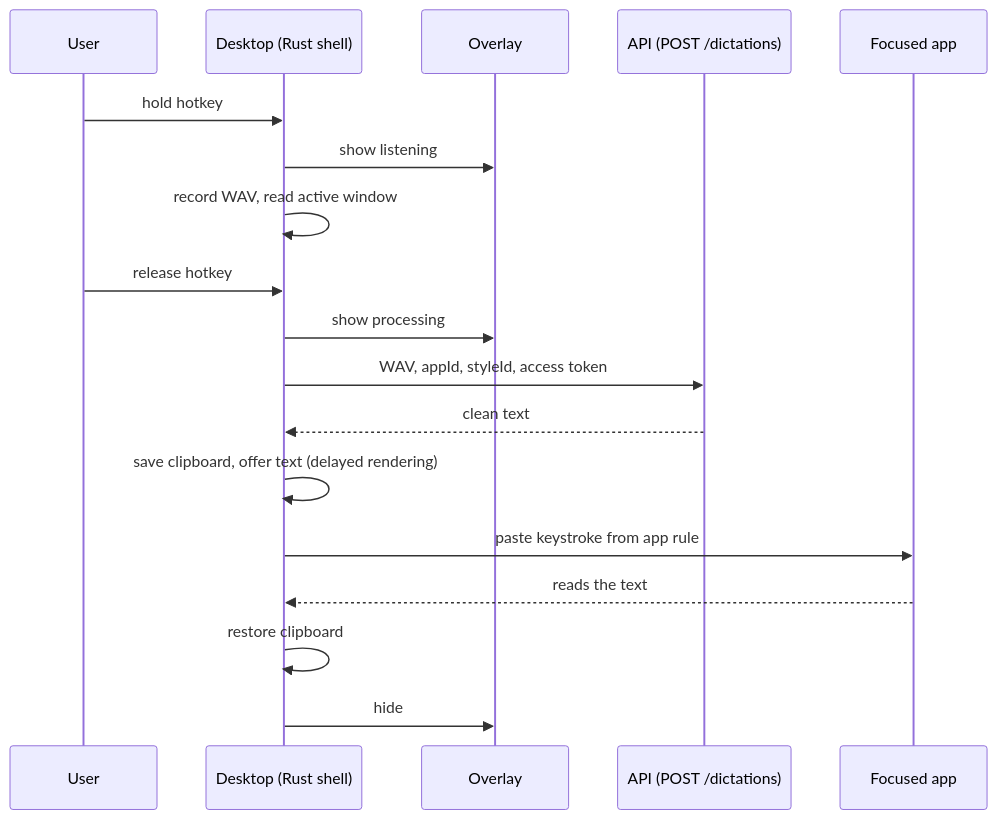
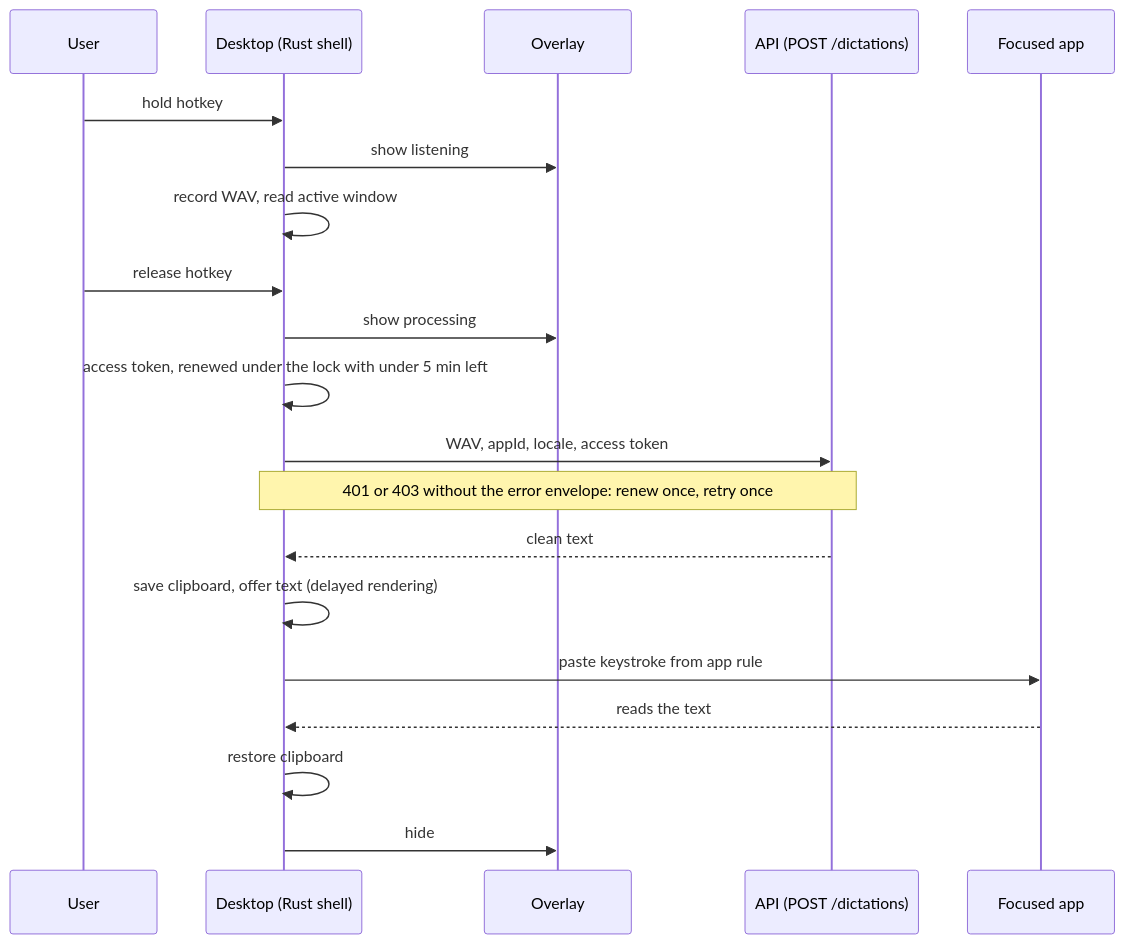
One commit to sebasfles/take-my-word changed the second of 2 diagrams in docs/modules/desktop/flows.md. Above: the diagram before and after it, drawn with Mermaid. The commit also changed other lines of this file and 10 other files, not shown here.

````diff
--- a/docs/modules/desktop/flows.md
+++ b/docs/modules/desktop/flows.md
@@ -28,20 +31,22 @@
 ```mermaid
 sequenceDiagram
   participant U as User
   participant D as Desktop (Rust shell)
   participant O as Overlay
   participant A as API (POST /dictations)
   participant F as Focused app
   U->>D: hold hotkey
   D->>O: show listening
   D->>D: record WAV, read active window
   U->>D: release hotkey
   D->>O: show processing
-  D->>A: WAV, appId, styleId, access token
+  D->>D: access token, renewed under the lock with under 5 min left
+  D->>A: WAV, appId, locale, access token
+  Note over D,A: 401 or 403 without the error envelope: renew once, retry once
   A-->>D: clean text
   D->>D: save clipboard, offer text (delayed rendering)
   D->>F: paste keystroke from app rule
   F-->>D: reads the text
   D->>D: restore clipboard
   D->>O: hide
 ```
````
